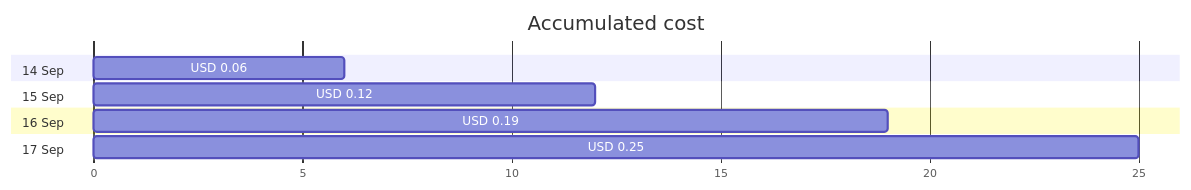
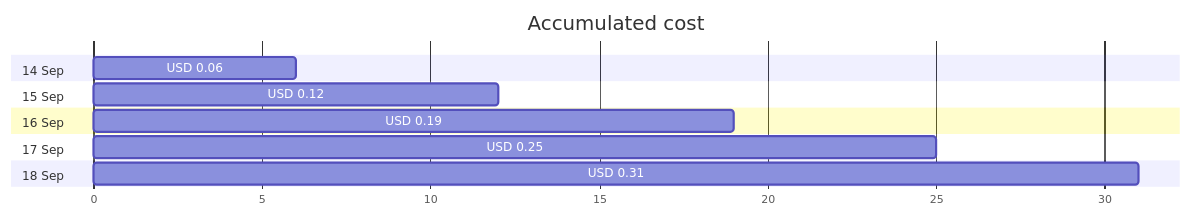
Before and after one commit to jpfulton/azure-personal-reports: the first of 4 diagrams in cost-reports/personal-network/backup-server_OsDisk.md, drawn with Mermaid. The commit also changed other lines of this file and 17 other files, not shown here.

````diff
--- a/cost-reports/personal-network/backup-server_OsDisk.md
+++ b/cost-reports/personal-network/backup-server_OsDisk.md
@@ -20,14 +20,16 @@
 ```mermaid
 gantt
    title Accumulated cost
    dateFormat  X
    axisFormat %s
    section 14 Sep
    USD 0.06 :0, 6
    section 15 Sep
    USD 0.12 :0, 12
    section 16 Sep
    USD 0.19 :0, 19
    section 17 Sep
    USD 0.25 :0, 25
+   section 18 Sep
+   USD 0.31 :0, 31
 ```
````
